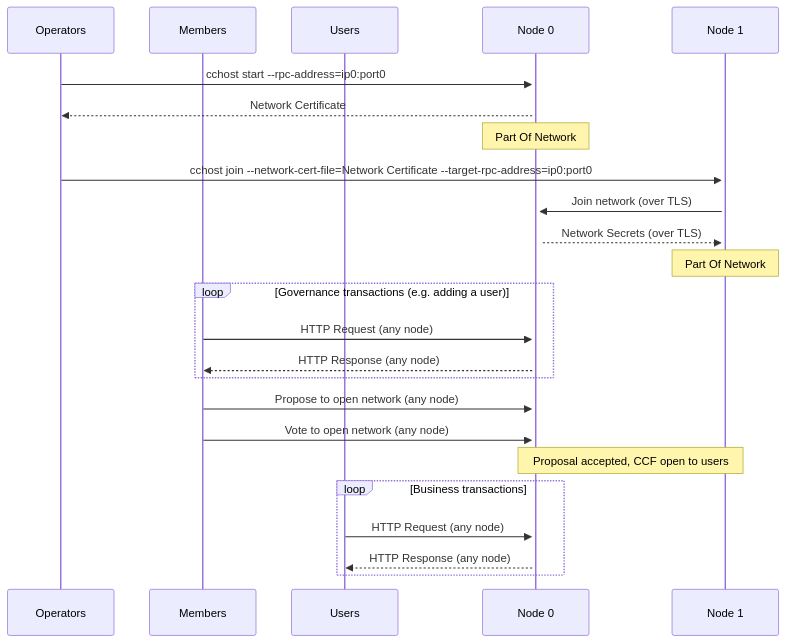
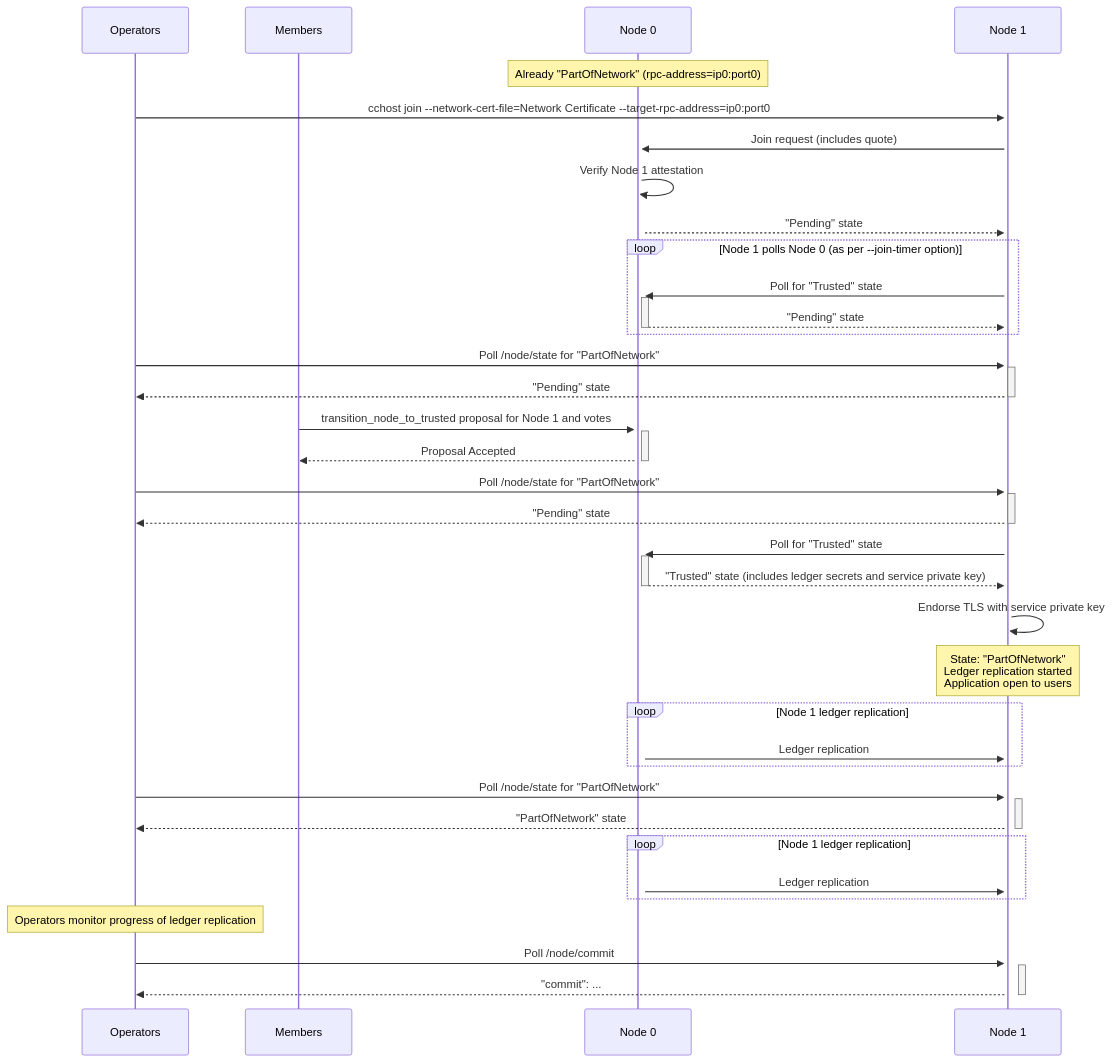
The diagram in doc/operations/start_network.rst (microsoft/CCF), drawn with Mermaid before and after one commit. The commit also changed other lines of this file and 2 other files, not shown here.

Commit message:
Improved documentation for join protocol (#2497)

```diff
--- a/doc/operations/start_network.rst
+++ b/doc/operations/start_network.rst
@@ -155,34 +86,51 @@
 .. mermaid::
 
     sequenceDiagram
         participant Operators
         participant Members
-        participant Users
         participant Node 0
         participant Node 1
 
-        Operators->>+Node 0: cchost start --rpc-address=ip0:port0
-        Node 0-->>Operators: Network Certificate
-        Note over Node 0: Part Of Network
+        Note over Node 0: Already "PartOfNetwork" (rpc-address=ip0:port0)
 
         Operators->>+Node 1: cchost join --network-cert-file=Network Certificate --target-rpc-address=ip0:port0
 
-        Node 1->>+Node 0: Join network (over TLS)
-        Node 0-->>Node 1: Network Secrets (over TLS)
+        Node 1->>+Node 0: Join request (includes quote)
+        Node 0->>+Node 0: Verify Node 1 attestation
+        Node 0-->>Node 1: "Pending" state
 
-        Note over Node 1: Part Of Network
-
-        loop Governance transactions (e.g. adding a user)
-            Members->>+Node 0: HTTP Request (any node)
-            Node 0-->>Members: HTTP Response (any node)
+        loop Node 1 polls Node 0 (as per --join-timer option)
+            Node 1->>+Node 0: Poll for "Trusted" state
+            Node 0-->>-Node 1: "Pending" state
         end
 
-        Members->>+Node 0: Propose to open network (any node)
-        Members->>+Node 0: Vote to open network (any node)
-        Note over Node 0, Node 1: Proposal accepted, CCF open to users
+        Operators->>+Node 1: Poll /node/state for "PartOfNetwork"
+        Node 1-->>-Operators: "Pending" state
 
+        Members->>+Node 0: transition_node_to_trusted proposal for Node 1 and votes
+        Node 0-->>-Members: Proposal Accepted
 
-        loop Business transactions
-            Users->>+Node 0: HTTP Request (any node)
-            Node 0-->>Users: HTTP Response (any node)
+        Operators->>+Node 1: Poll /node/state for "PartOfNetwork"
+        Node 1-->>-Operators: "Pending" state
+
+        Node 1->>+Node 0: Poll for "Trusted" state
+        Node 0-->>-Node 1: "Trusted" state (includes ledger secrets and service private key)
+
+        Node 1->>+Node 1: Endorse TLS with service private key
+
+        Note over Node 1: State: "PartOfNetwork" <br/> Ledger replication started <br/> Application open to users
+
+        loop Node 1 ledger replication
+            Node 0->>+Node 1: Ledger replication
         end
+
+        Operators->>+Node 1: Poll /node/state for "PartOfNetwork"
+        Node 1-->>-Operators: "PartOfNetwork" state
+
+        loop Node 1 ledger replication
+            Node 0->>+Node 1: Ledger replication
+        end
+
+        Note over Operators: Operators monitor progress of ledger replication
+        Operators->>+Node 1: Poll /node/commit
+        Node 1-->>-Operators: "commit": ...
```
